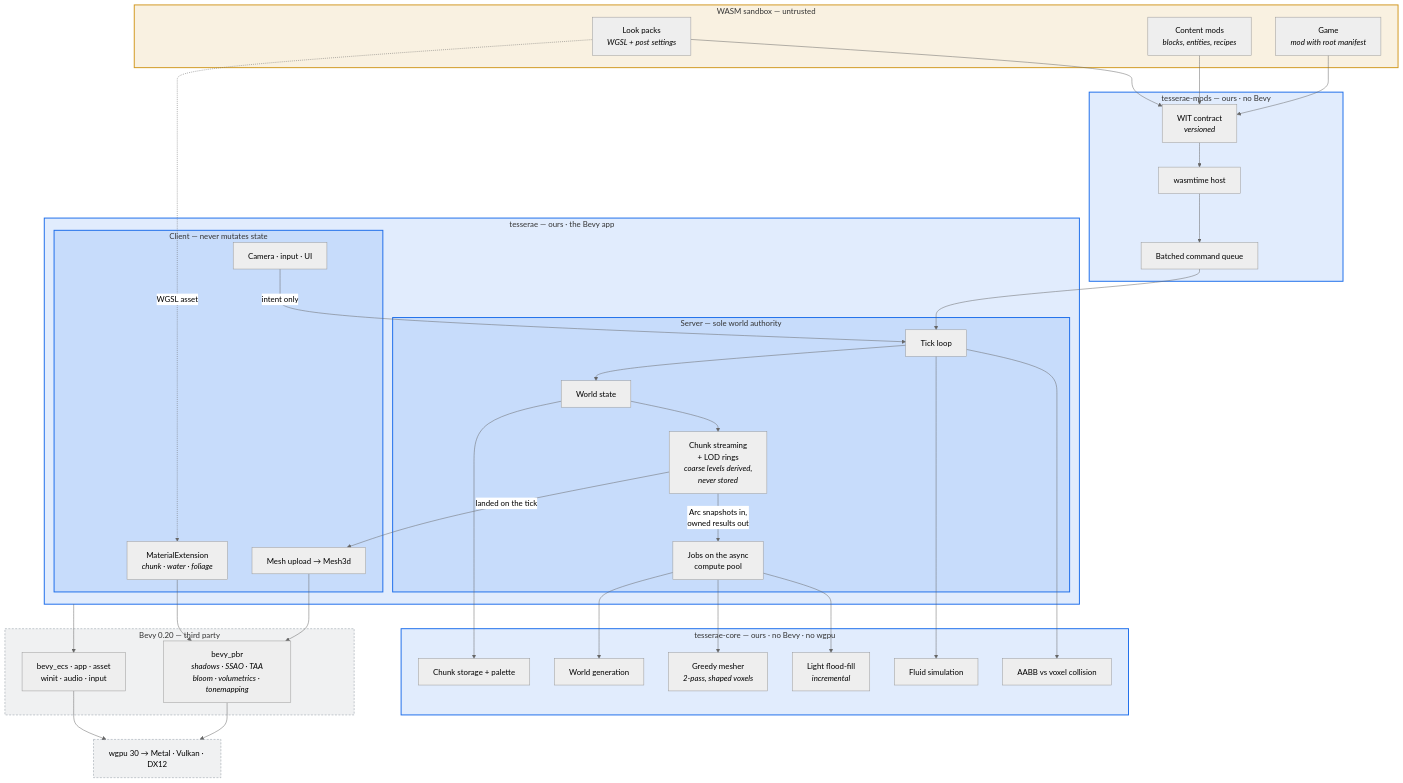
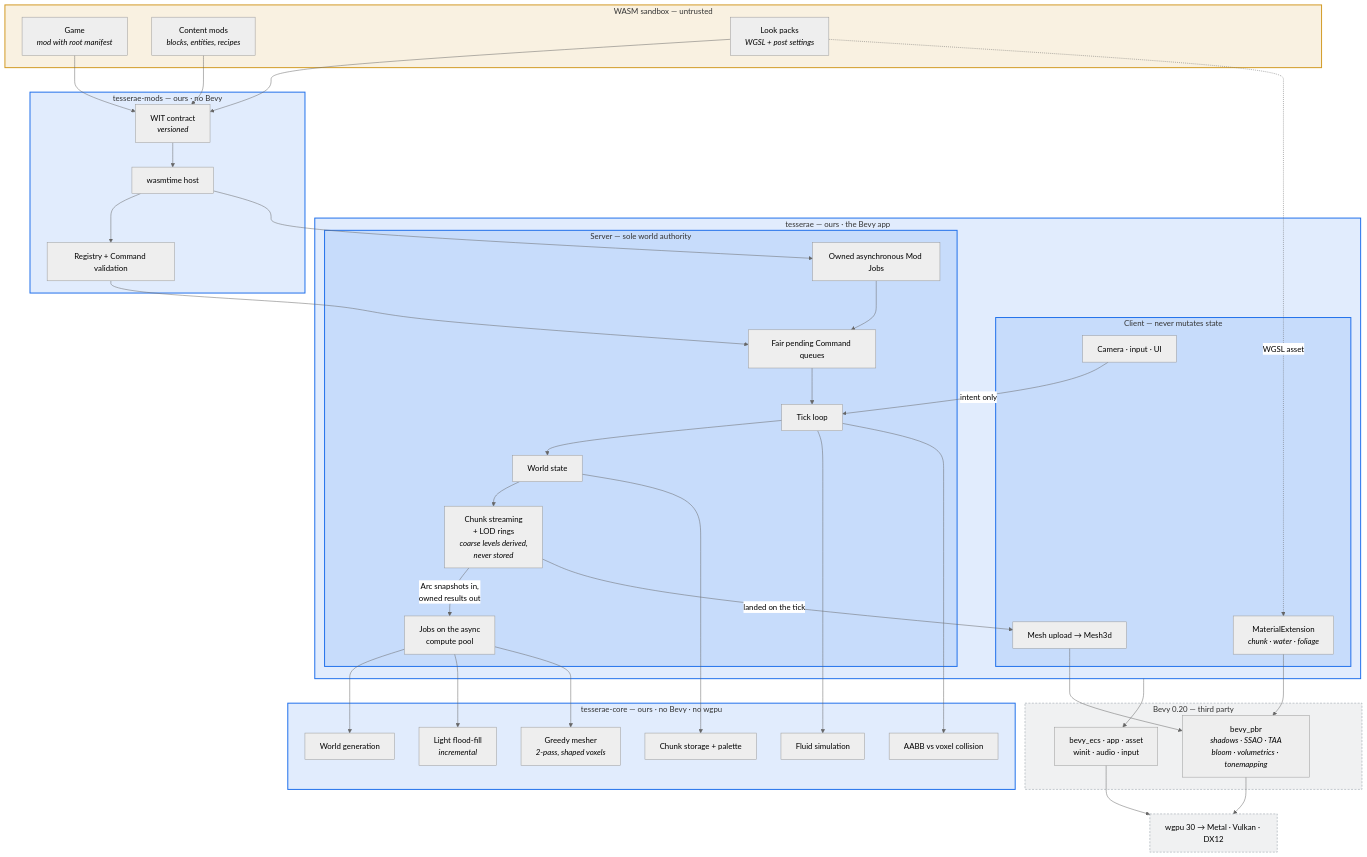
Before and after one commit to mkappworks-dev/tesserae: the diagram in docs/architecture.md, drawn with Mermaid (neutral theme). The commit also changed other lines of this file and 138 other files, not shown here.

````diff
--- a/docs/architecture.md
+++ b/docs/architecture.md
@@ -6,74 +6,78 @@
 ```mermaid
 flowchart TB
     subgraph SANDBOX["WASM sandbox — untrusted"]
         GAME["Game<br/><i>mod with root manifest</i>"]
         MOD["Content mods<br/><i>blocks, entities, recipes</i>"]
         LOOK["Look packs<br/><i>WGSL + post settings</i>"]
     end
 
     subgraph MODS["tesserae-mods — ours · no Bevy"]
         WIT["WIT contract<br/><i>versioned</i>"]
         HOST["wasmtime host"]
-        QUEUE["Batched command queue"]
+        VALIDATE["Registry + Command validation"]
     end
 
     subgraph APP["tesserae — ours · the Bevy app"]
         subgraph SRV["Server — sole world authority"]
             TICK["Tick loop"]
+            MODJOBS["Owned asynchronous Mod Jobs"]
+            QUEUE["Fair pending Command queues"]
             STATE["World state"]
             STREAM["Chunk streaming<br/>+ LOD rings<br/><i>coarse levels derived,<br/>never stored</i>"]
             JOBS["Jobs on the async<br/>compute pool"]
         end
         subgraph CLI["Client — never mutates state"]
             INTENT["Camera · input · UI"]
             UPLOAD["Mesh upload → Mesh3d"]
             MATEXT["MaterialExtension<br/><i>chunk · water · foliage</i>"]
         end
     end
 
     subgraph CORE["tesserae-core — ours · no Bevy · no wgpu"]
         STORE["Chunk storage + palette"]
         GEN["World generation"]
         MESHER["Greedy mesher<br/><i>2-pass, shaped voxels</i>"]
         LIGHT["Light flood-fill<br/><i>incremental</i>"]
         FLUID["Fluid simulation"]
         COLL["AABB vs voxel collision"]
     end
 
     subgraph BEVY["Bevy 0.20 — third party"]
         ECS["bevy_ecs · app · asset<br/>winit · audio · input"]
         PBR["bevy_pbr<br/><i>shadows · SSAO · TAA<br/>bloom · volumetrics · tonemapping</i>"]
     end
 
     GPU["wgpu 30 → Metal · Vulkan · DX12"]
 
     GAME --> WIT
     MOD --> WIT
     LOOK --> WIT
-    WIT --> HOST --> QUEUE --> TICK
+    WIT --> HOST --> VALIDATE
+    HOST --> MODJOBS --> QUEUE --> TICK
+    VALIDATE --> QUEUE
 
     INTENT -- intent only --> TICK
     TICK --> STATE --> STREAM
     STREAM -- "Arc snapshots in,<br/>owned results out" --> JOBS
     JOBS --> GEN
     JOBS --> LIGHT
     TICK --> FLUID
     TICK --> COLL
     STATE --> STORE
     JOBS --> MESHER
     STREAM -- "landed on the tick" --> UPLOAD
 
     LOOK -. WGSL asset .-> MATEXT
     UPLOAD --> PBR
     MATEXT --> PBR
     APP --> ECS
     PBR --> GPU
     ECS --> GPU
 
     classDef ours fill:#1f6feb22,stroke:#1f6feb,stroke-width:2px
     classDef third fill:#8b949e22,stroke:#8b949e,stroke-width:1px,stroke-dasharray:4 3
     classDef untrusted fill:#d2992222,stroke:#d29922,stroke-width:2px
     class MODS,APP,CORE,SRV,CLI ours
     class BEVY,GPU third
     class SANDBOX untrusted
 ```
````
